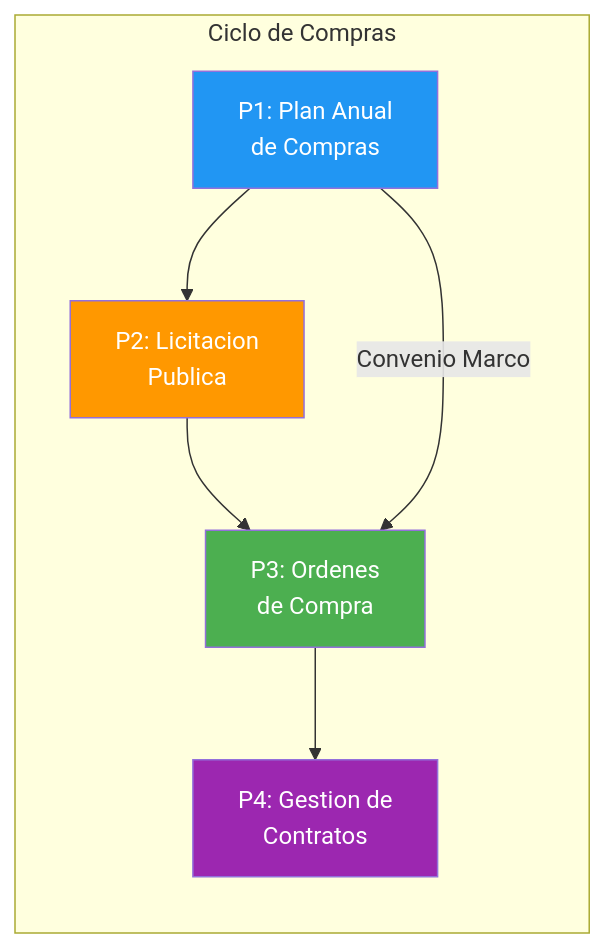
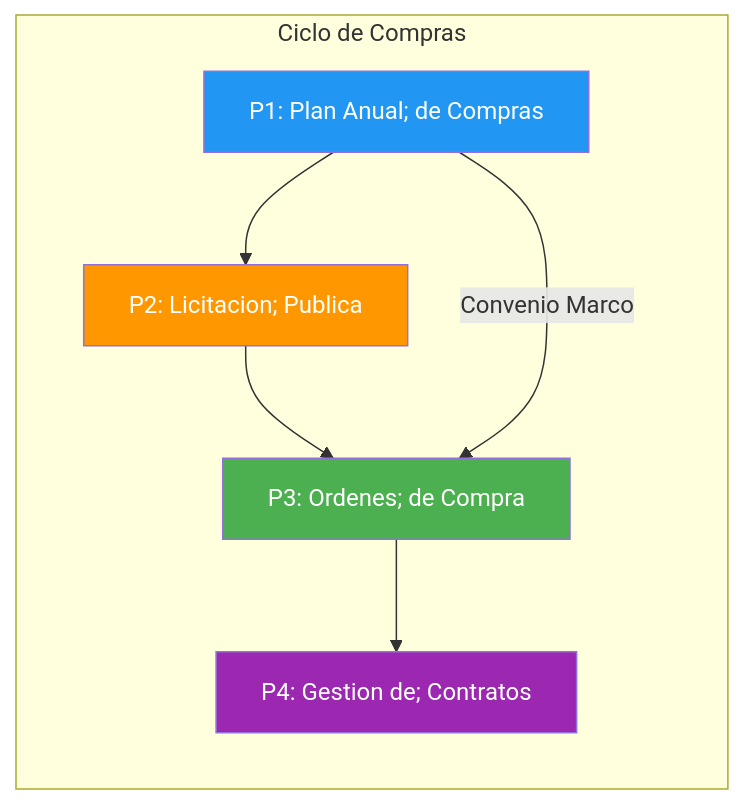
Before and after one commit to felix-antonio-sl/kora: the first of 5 diagrams in KNOWLEDGE/gn/kb/manual-compras-contrataciones.md, drawn with Mermaid. The commit also changed other lines of this file and 1034 other files, not shown here.

````diff
--- a/KNOWLEDGE/gn/kb/manual-compras-contrataciones.md
+++ b/KNOWLEDGE/gn/kb/manual-compras-contrataciones.md
@@ -73,17 +84,17 @@
 ```mermaid
 flowchart LR
-    subgraph CICLO["Ciclo de Compras"]
-        P1["P1: Plan Anual<br/>de Compras"]
-        P2["P2: Licitacion<br/>Publica"]
-        P3["P3: Ordenes<br/>de Compra"]
-        P4["P4: Gestion de<br/>Contratos"]
-    end
+ subgraph CICLO["Ciclo de Compras"]
+ P1["P1: Plan Anual; de Compras"]
+ P2["P2: Licitacion; Publica"]
+ P3["P3: Ordenes; de Compra"]
+ P4["P4: Gestion de; Contratos"]
+ end
 
-    P1 --> P2 --> P3 --> P4
-    P1 -->|"Convenio Marco"| P3
+ P1 --> P2 --> P3 --> P4
+ P1 -->|"Convenio Marco"| P3
 
-    style P1 fill:#2196F3,color:#fff
-    style P2 fill:#FF9800,color:#fff
-    style P3 fill:#4CAF50,color:#fff
-    style P4 fill:#9C27B0,color:#fff
+ style P1 fill:#2196F3,color:#fff
+ style P2 fill:#FF9800,color:#fff
+ style P3 fill:#4CAF50,color:#fff
+ style P4 fill:#9C27B0,color:#fff
 ```
````
